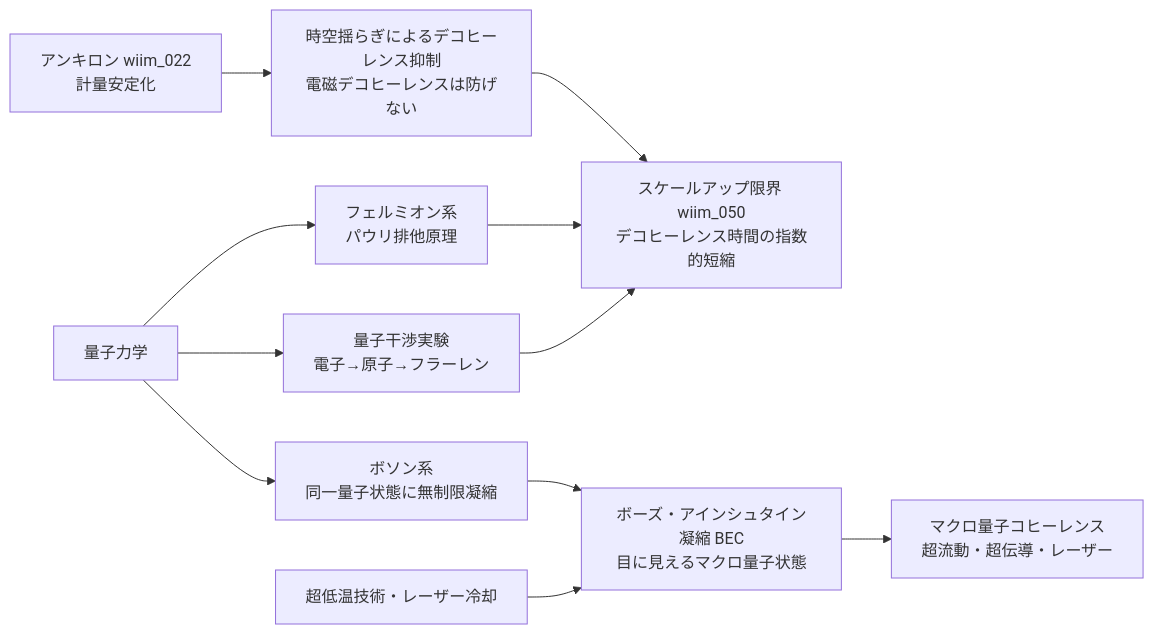
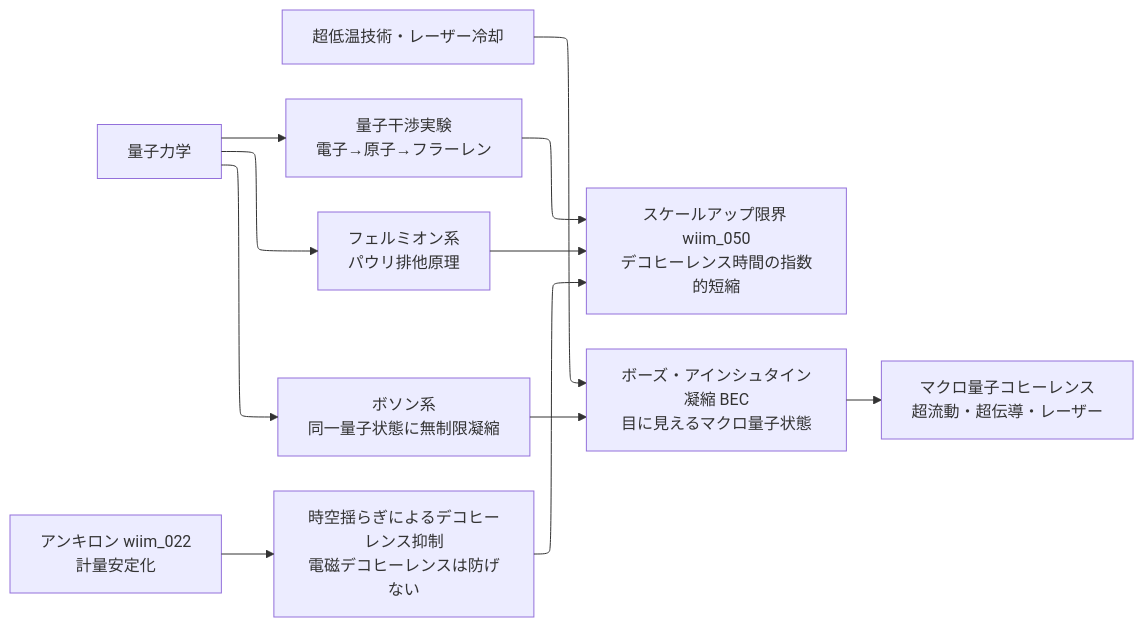
The eighth of 9 diagrams in docs/notes/tech_tree.md (theronium/WhatIfImpossible), drawn with Mermaid before and after one commit. The commit also changed other lines of this file and 6 other files, not shown here.

First line of the commit message:
Editor: sidebar collapsible categories with count/date badges, scroll-to-top on open; ELK layout in tech tree

````diff
--- a/docs/notes/tech_tree.md
+++ b/docs/notes/tech_tree.md
@@ -385,20 +392,21 @@
 ```mermaid
+%%{init: {"layout": "elk"}}%%
 flowchart LR
     Q1[量子力学]
     Q2[超低温技術・レーザー冷却]
     Q3[アンキロン wiim_022\n計量安定化]
 
     Q1 --> Q4[量子干渉実験\n電子→原子→フラーレン]
     Q4 --> Q5[スケールアップ限界 wiim_050\nデコヒーレンス時間の指数的短縮]
 
     Q1 --> Q6[フェルミオン系\nパウリ排他原理]
     Q6 --> Q5
 
     Q1 --> Q7[ボソン系\n同一量子状態に無制限凝縮]
     Q2 --> Q8[ボーズ・アインシュタイン凝縮 BEC\n目に見えるマクロ量子状態]
     Q7 --> Q8
     Q8 --> Q9[マクロ量子コヒーレンス\n超流動・超伝導・レーザー]
 
     Q3 --> Q10[時空揺らぎによるデコヒーレンス抑制\n電磁デコヒーレンスは防げない]
     Q10 --> Q5
 ```
````
